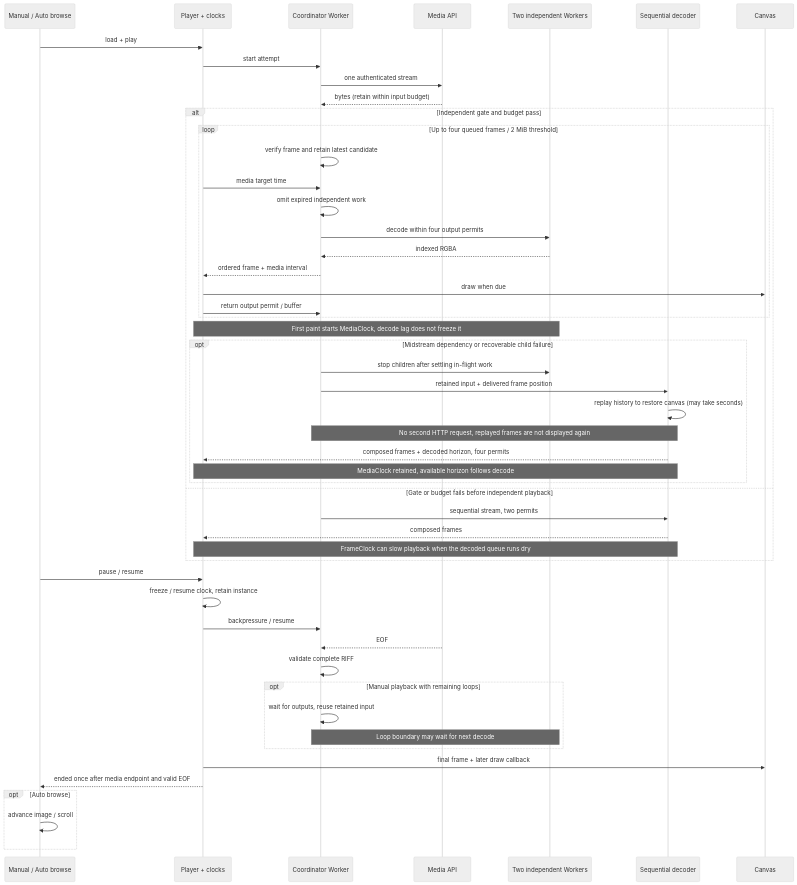
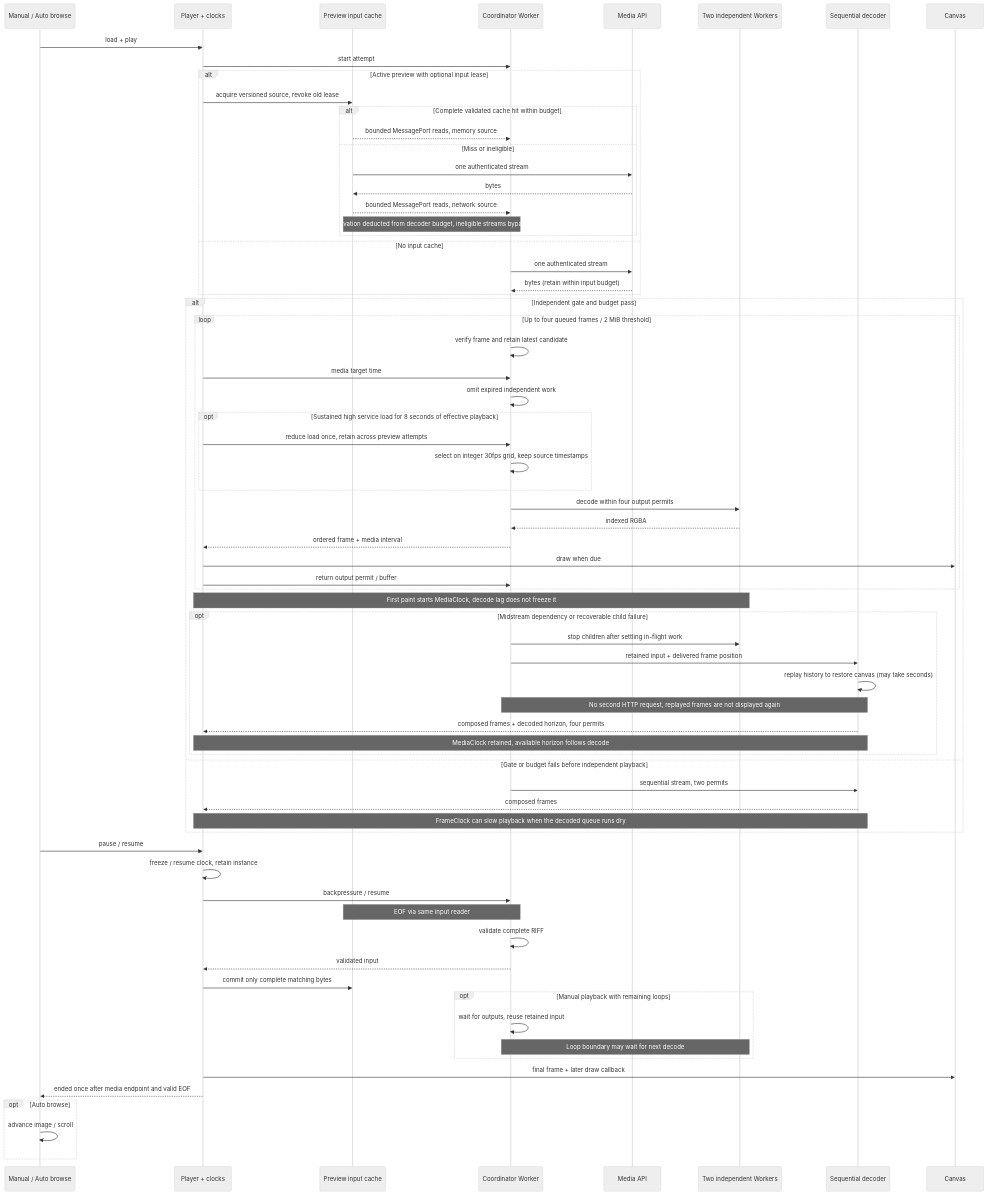
The diagram in docs/design/diagrams/webp-streaming-player/sequence.mmd (namehu/PixiShelf), drawn with Mermaid (neutral theme) before and after one commit. The commit also changed 35 other files, not shown here.

```diff
--- a/docs/design/diagrams/webp-streaming-player/sequence.mmd
+++ b/docs/design/diagrams/webp-streaming-player/sequence.mmd
@@ -1,51 +1,70 @@
 sequenceDiagram
     participant A as Manual / Auto browse
     participant P as Player + clocks
+    participant I as Preview input cache
     participant W as Coordinator Worker
     participant M as Media API
     participant D as Two independent Workers
     participant S as Sequential decoder
     participant C as Canvas
     A->>P: load + play
     P->>W: start attempt
-    W->>M: one authenticated stream
-    M-->>W: bytes (retain within input budget)
+    alt Active preview with optional input lease
+        P->>I: acquire versioned source, revoke old lease
+        alt Complete validated cache hit within budget
+            I-->>W: bounded MessagePort reads, memory source
+        else Miss or ineligible
+            I->>M: one authenticated stream
+            M-->>I: bytes
+            I-->>W: bounded MessagePort reads, network source
+            Note over I,W: Cache reservation deducted from decoder budget, ineligible streams bypass retention
+        end
+    else No input cache
+        W->>M: one authenticated stream
+        M-->>W: bytes (retain within input budget)
+    end
     alt Independent gate and budget pass
         loop Up to four queued frames / 2 MiB threshold
             W->>W: verify frame and retain latest candidate
             P->>W: media target time
             W->>W: omit expired independent work
+            opt Sustained high service load for 8 seconds of effective playback
+                P->>W: reduce load once, retain across preview attempts
+                W->>W: select on integer 30fps grid, keep source timestamps
+            end
             W->>D: decode within four output permits
             D-->>W: indexed RGBA
             W-->>P: ordered frame + media interval
             P->>C: draw when due
             P->>W: return output permit / buffer
         end
         Note over P,D: First paint starts MediaClock, decode lag does not freeze it
         opt Midstream dependency or recoverable child failure
             W->>D: stop children after settling in-flight work
             W->>S: retained input + delivered frame position
             S->>S: replay history to restore canvas (may take seconds)
             Note over W,S: No second HTTP request, replayed frames are not displayed again
             S-->>P: composed frames + decoded horizon, four permits
             Note over P,S: MediaClock retained, available horizon follows decode
         end
     else Gate or budget fails before independent playback
         W->>S: sequential stream, two permits
         S-->>P: composed frames
         Note over P,S: FrameClock can slow playback when the decoded queue runs dry
     end
     A->>P: pause / resume
     P->>P: freeze / resume clock, retain instance
     P->>W: backpressure / resume
-    M-->>W: EOF
+    Note over I,W: EOF via same input reader
     W->>W: validate complete RIFF
+    W-->>P: validated input
+    P->>I: commit only complete matching bytes
     opt Manual playback with remaining loops
         W->>W: wait for outputs, reuse retained input
         Note over W,D: Loop boundary may wait for next decode
     end
     P->>C: final frame + later draw callback
     P-->>A: ended once after media endpoint and valid EOF
     opt Auto browse
         A->>A: advance image / scroll
     end
```
